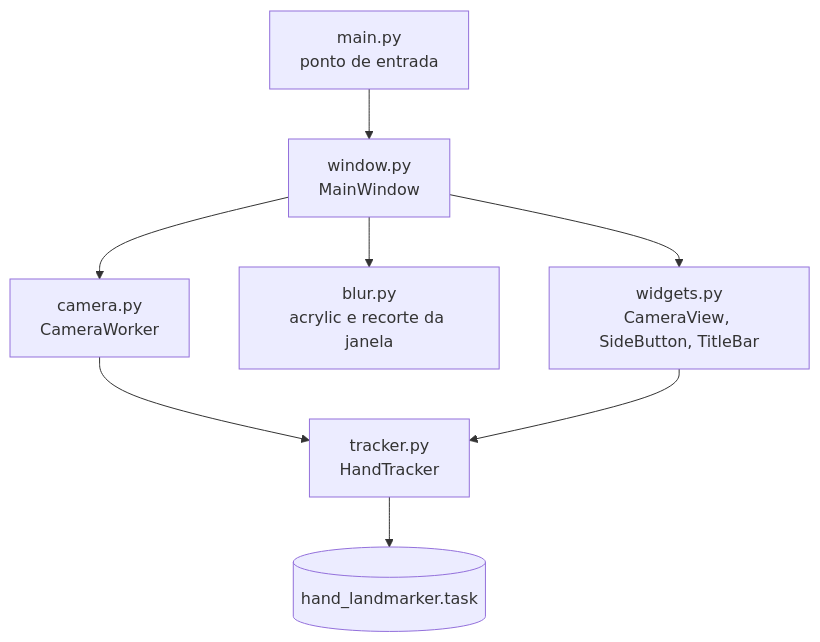
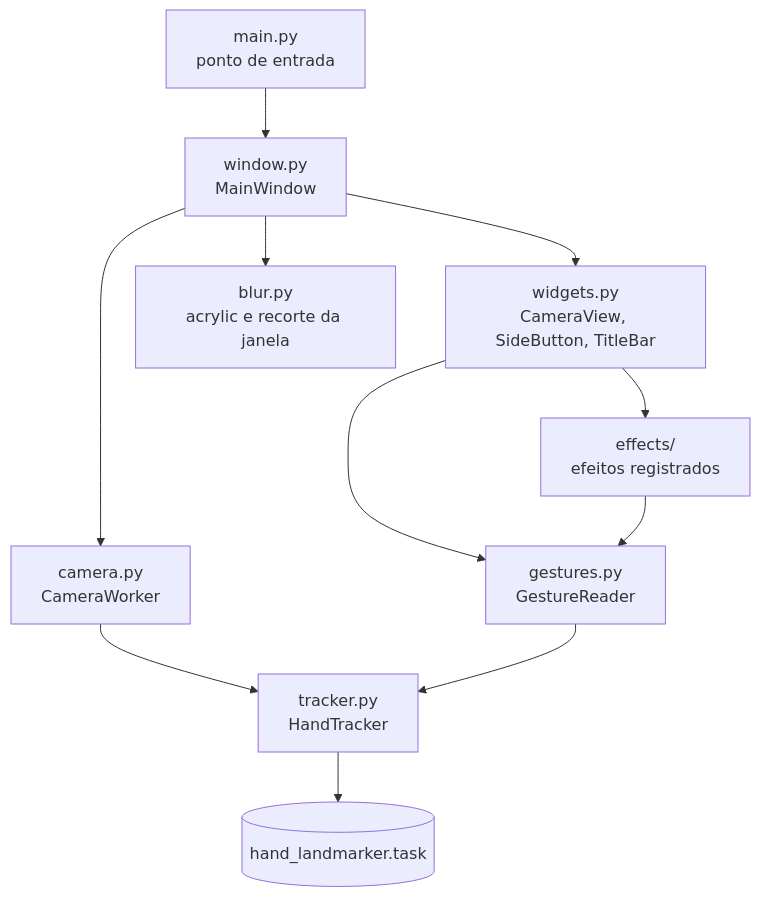
Before and after one commit to vitorcgo/Handwave: the fourth of 8 diagrams in README.md, drawn with Mermaid. The commit also changed other lines of this file and 8 other files, not shown here.

First line of the commit message:
feat(effects): bola de energia e estrutura modular de efeitos

````diff
--- a/README.md
+++ b/README.md
@@ -130,10 +130,13 @@
 ```mermaid
 flowchart TB
     main[main.py<br/>ponto de entrada] --> window[window.py<br/>MainWindow]
     window --> widgets[widgets.py<br/>CameraView, SideButton, TitleBar]
     window --> blur[blur.py<br/>acrylic e recorte da janela]
     window --> camera[camera.py<br/>CameraWorker]
     camera --> tracker[tracker.py<br/>HandTracker]
-    widgets --> tracker
+    widgets --> gestures[gestures.py<br/>GestureReader]
+    widgets --> effects[effects/<br/>efeitos registrados]
+    effects --> gestures
+    gestures --> tracker
     tracker --> model[(hand_landmarker.task)]
 ```
````
